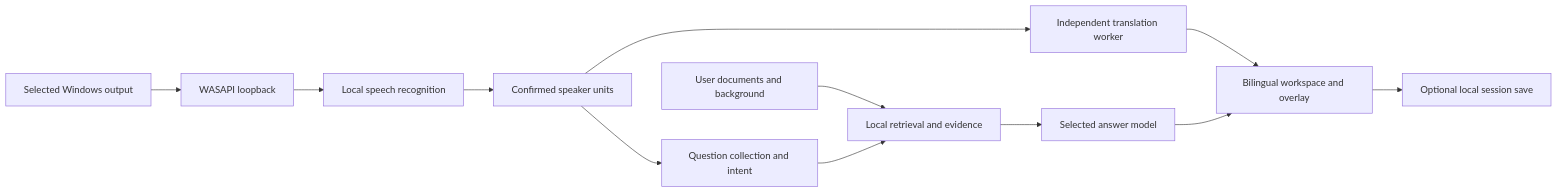
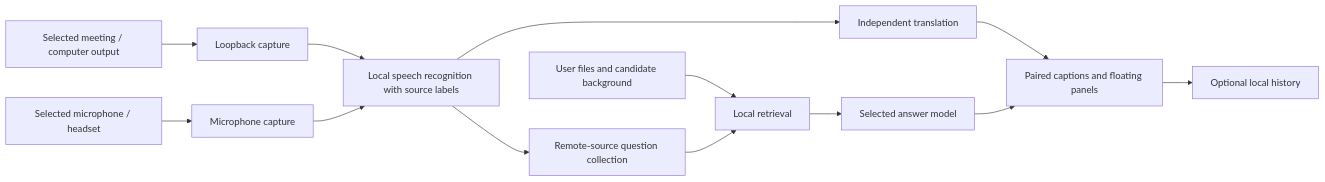
One commit to fbhSCI/prism-interview changed the diagram in docs/ARCHITECTURE.md. Above: the diagram before and after it, drawn with Mermaid. The commit also changed other lines of this file and 40 other files, not shown here.

Commit message:
Add dual-source interview capture and simplify Qwen setup

````diff
--- a/docs/ARCHITECTURE.md
+++ b/docs/ARCHITECTURE.md
@@ -3,14 +3,15 @@
 ```mermaid
 flowchart LR
-  Z[Selected Windows output] --> A[WASAPI loopback]
-  A --> W[Local speech recognition]
-  W --> C[Confirmed speaker units]
-  C --> T[Independent translation worker]
-  T --> U[Bilingual workspace and overlay]
-  C --> Q[Question collection and intent]
-  D[User documents and background] --> R[Local retrieval and evidence]
+  Z[Selected meeting / computer output] --> A[Loopback capture]
+  B[Selected microphone / headset] --> C[Microphone capture]
+  A --> W[Local speech recognition with source labels]
+  C --> W
+  W --> T[Independent translation]
+  T --> U[Paired captions and floating panels]
+  W --> Q[Remote-source question collection]
+  D[User files and candidate background] --> R[Local retrieval]
   Q --> R
   R --> M[Selected answer model]
   M --> U
-  U --> S[Optional local session save]
+  U --> S[Optional local history]
 ```
````
